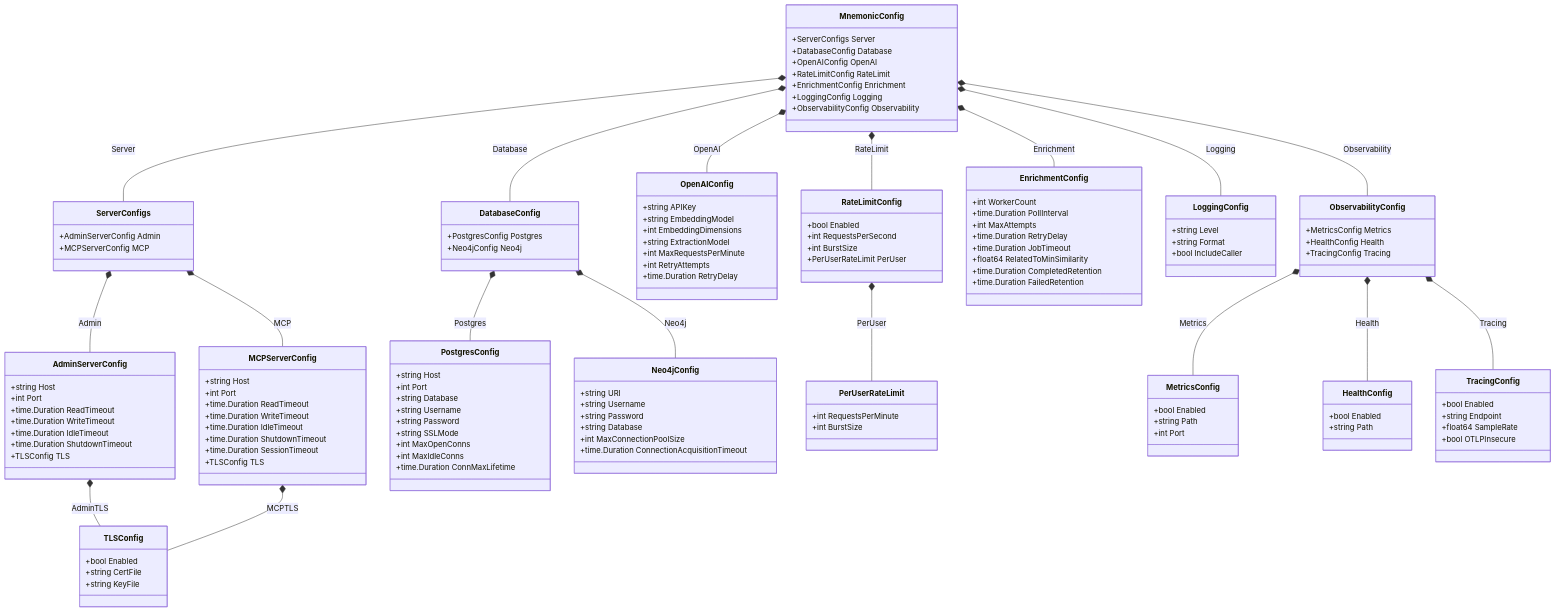
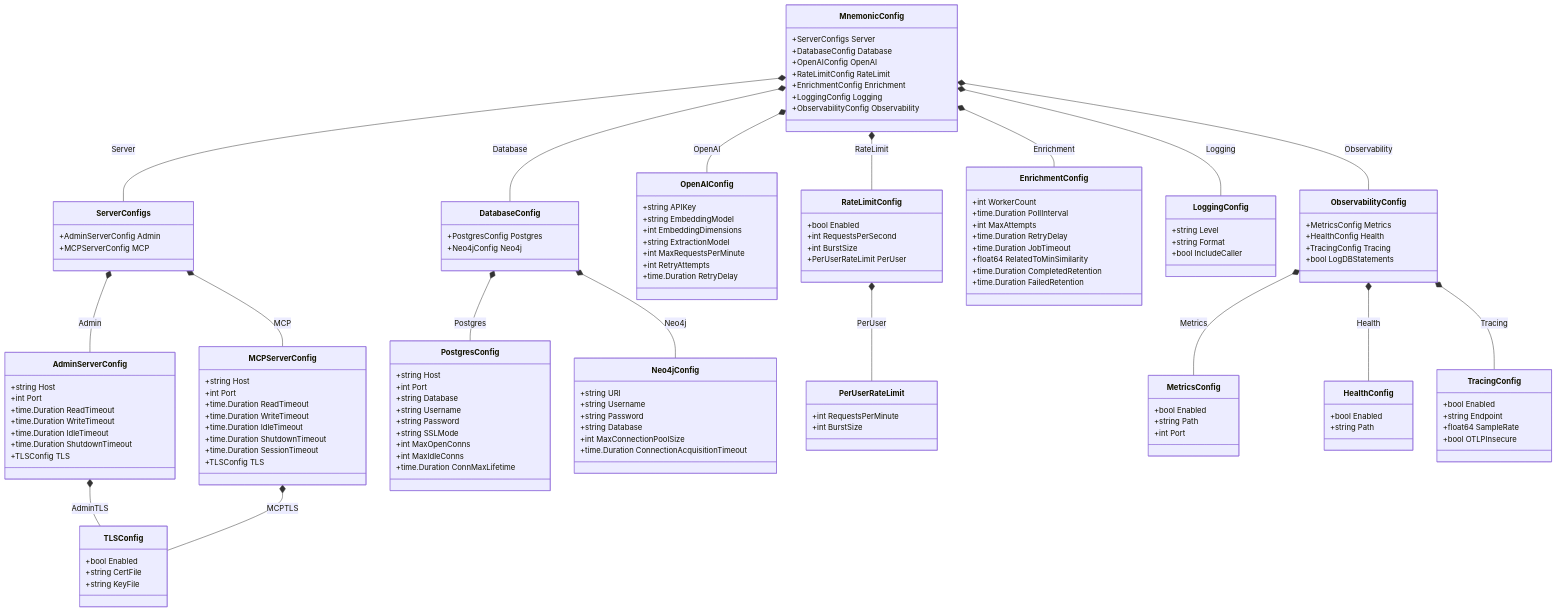
One commit to twistingmercury/mnemonic-mcp changed the second of 2 diagrams in docs/design/configuration.md. Above: the diagram before and after it, drawn with Mermaid. The commit also changed other lines of this file and 8 other files, not shown here.

```diff
--- a/docs/design/configuration.md
+++ b/docs/design/configuration.md
@@ -927,6 +929,7 @@
         +MetricsConfig Metrics
         +HealthConfig Health
         +TracingConfig Tracing
+        +bool LogDBStatements
     }
 
     class MetricsConfig {
```
